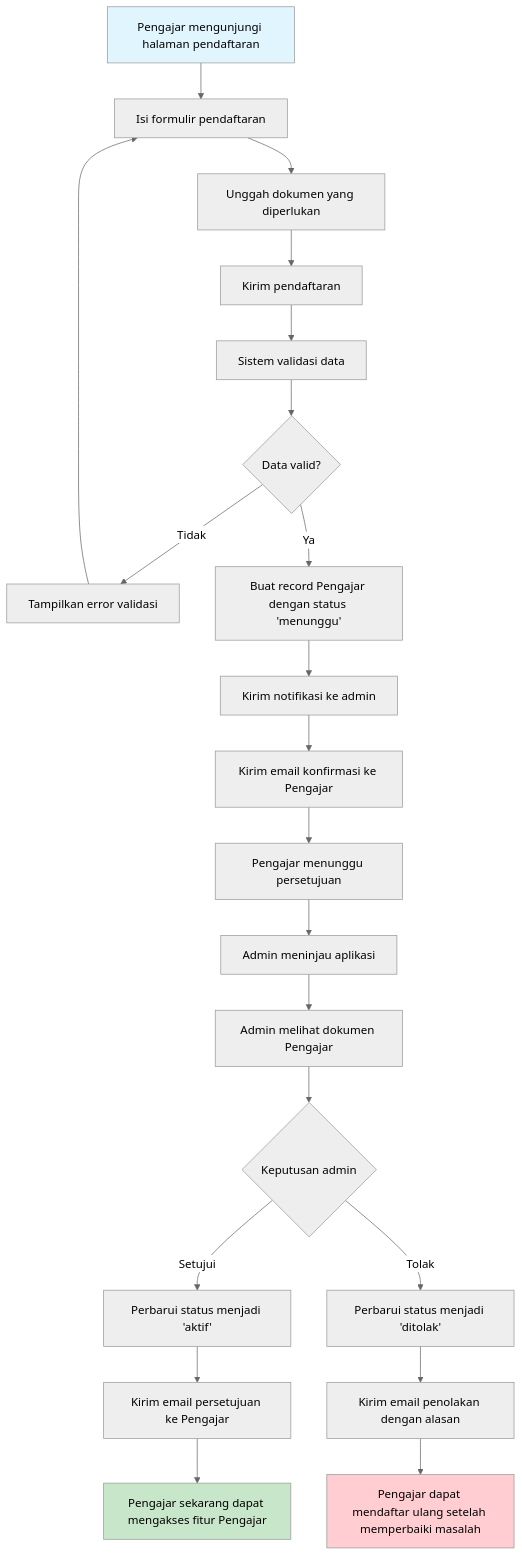
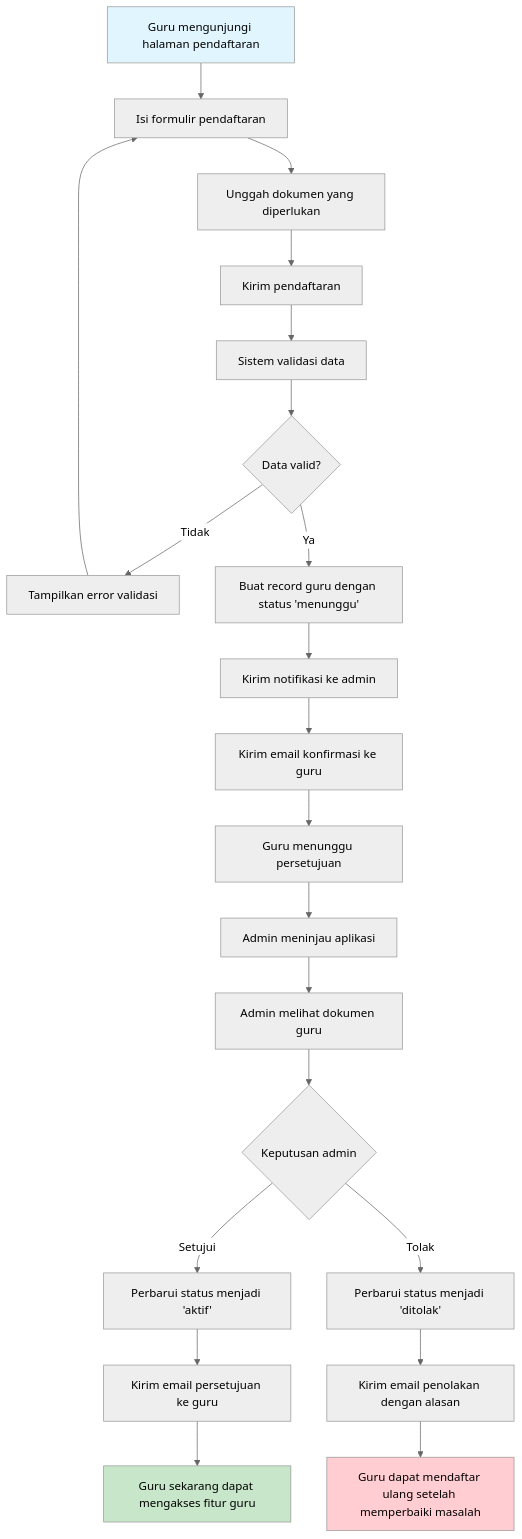
One commit to jonito2005/exam-expert-ai-docs changed the first of 8 diagrams in activity-diagrams.md. Above: the diagram before and after it, drawn with Mermaid (neutral theme). The commit also changed other lines of this file and 4 other files, not shown here.

````diff
--- a/activity-diagrams.md
+++ b/activity-diagrams.md
@@ -5,31 +17,31 @@
 ```mermaid
 flowchart TD
-    A[Pengajar mengunjungi halaman pendaftaran] --> B[Isi formulir pendaftaran]
+    A[Guru mengunjungi halaman pendaftaran] --> B[Isi formulir pendaftaran]
     B --> C[Unggah dokumen yang diperlukan]
     C --> D[Kirim pendaftaran]
     D --> E[Sistem validasi data]
     E --> F{Data valid?}
     
     F -->|Tidak| G[Tampilkan error validasi] --> B
-    F -->|Ya| H[Buat record Pengajar dengan status 'menunggu']
+    F -->|Ya| H[Buat record guru dengan status 'menunggu']
     H --> I[Kirim notifikasi ke admin]
-    I --> J[Kirim email konfirmasi ke Pengajar]
-    J --> K[Pengajar menunggu persetujuan]
+    I --> J[Kirim email konfirmasi ke guru]
+    J --> K[Guru menunggu persetujuan]
     
     K --> L[Admin meninjau aplikasi]
-    L --> M[Admin melihat dokumen Pengajar]
+    L --> M[Admin melihat dokumen guru]
     M --> N{Keputusan admin}
     
     N -->|Setujui| O[Perbarui status menjadi 'aktif']
     N -->|Tolak| P[Perbarui status menjadi 'ditolak']
     
-    O --> Q[Kirim email persetujuan ke Pengajar]
+    O --> Q[Kirim email persetujuan ke guru]
     P --> R[Kirim email penolakan dengan alasan]
     
-    Q --> S[Pengajar sekarang dapat mengakses fitur Pengajar]
-    R --> T[Pengajar dapat mendaftar ulang setelah memperbaiki masalah]
+    Q --> S[Guru sekarang dapat mengakses fitur guru]
+    R --> T[Guru dapat mendaftar ulang setelah memperbaiki masalah]
     
     style A fill:#e1f5fe
     style S fill:#c8e6c9
     style T fill:#ffcdd2
 ```
````
